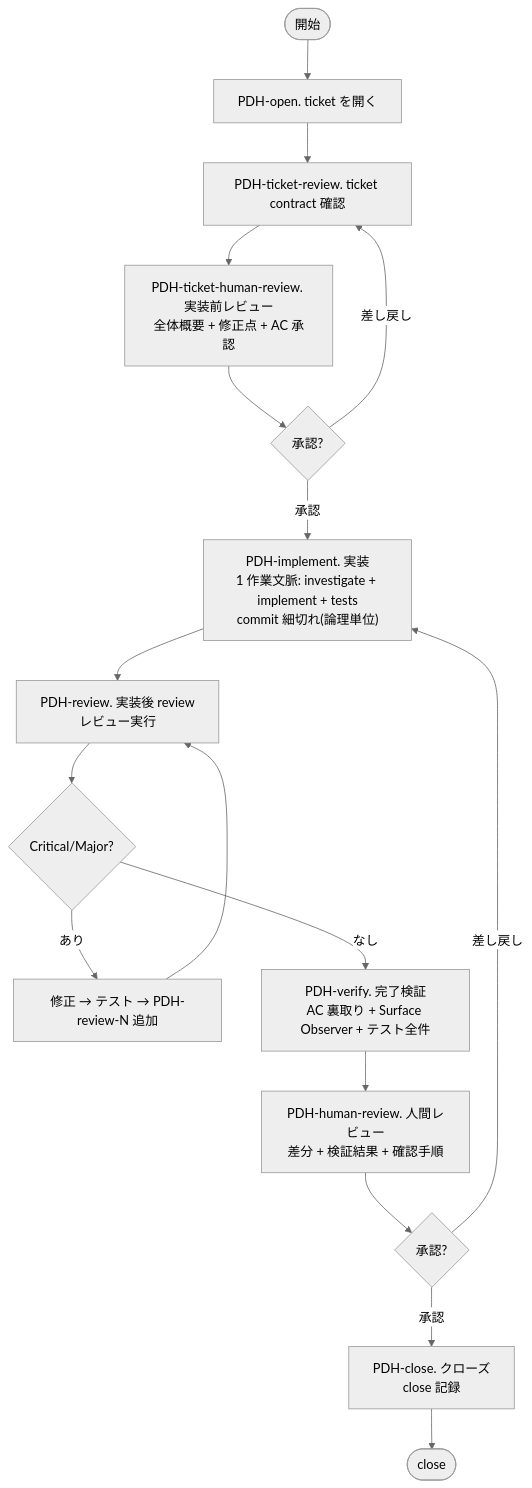
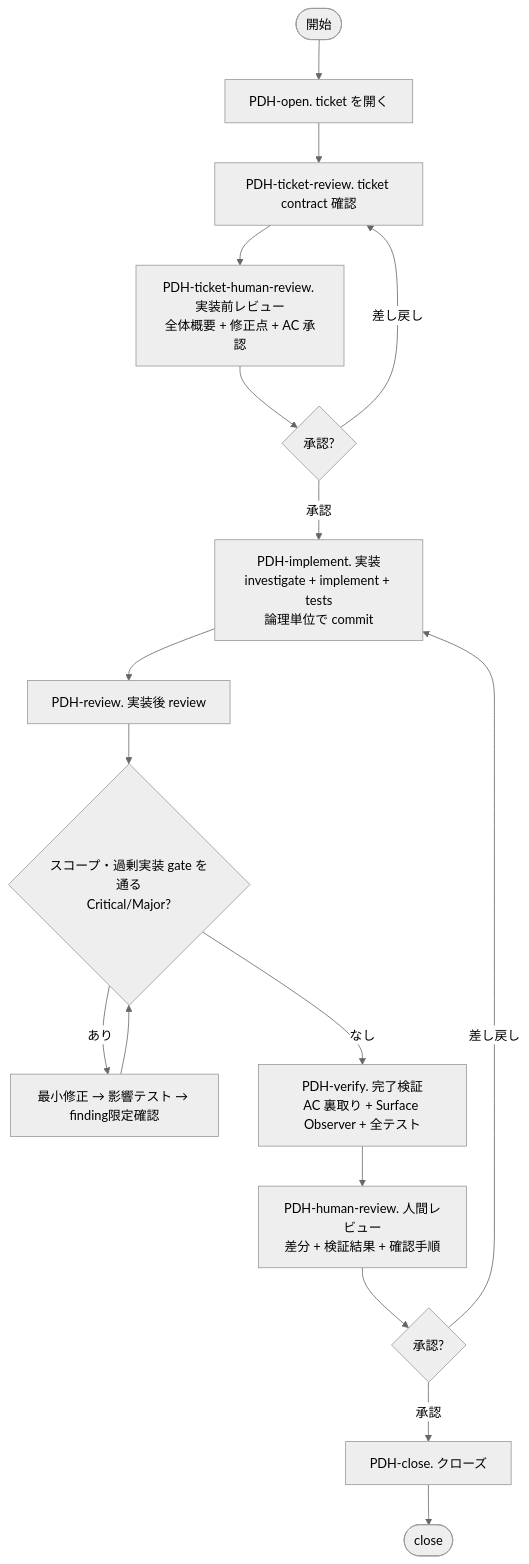
Before and after one commit to masuidrive/pdh: the diagram in skills/pdh-dev/_flow.md, drawn with Mermaid (neutral theme). The commit also changed other lines of this file and 7 other files, not shown here.

````diff
--- a/skills/pdh-dev/_flow.md
+++ b/skills/pdh-dev/_flow.md
@@ -15,18 +13,18 @@
 ```mermaid
 flowchart TD
     Start([開始]) --> PDC1["PDH-open. ticket を開く"]
     PDC1 --> PDTR["PDH-ticket-review. ticket contract 確認"]
     PDTR --> PDTHR["PDH-ticket-human-review. 実装前レビュー<br/>全体概要 + 修正点 + AC 承認"]
     PDTHR --> PDTHRq{"承認?"}
     PDTHRq -- "差し戻し" --> PDTR
-    PDTHRq -- "承認" --> PDC6["PDH-implement. 実装<br/>1 作業文脈: investigate + implement + tests<br/>commit 細切れ(論理単位)"]
-    PDC6 --> PDC7["PDH-review. 実装後 review<br/>レビュー実行"]
-    PDC7 --> PDC7q{"Critical/Major?"}
-    PDC7q -- "あり" --> PDC7fix["修正 → テスト → PDH-review-N 追加"] --> PDC7
-    PDC7q -- "なし" --> PDC9["PDH-verify. 完了検証<br/>AC 裏取り + Surface Observer + テスト全件"]
+    PDTHRq -- "承認" --> PDC6["PDH-implement. 実装<br/>investigate + implement + tests<br/>論理単位で commit"]
+    PDC6 --> PDC7["PDH-review. 実装後 review"]
+    PDC7 --> PDC7q{"スコープ・過剰実装 gate を通る<br/>Critical/Major?"}
+    PDC7q -- "あり" --> PDC7fix["最小修正 → 影響テスト → finding限定確認"] --> PDC7q
+    PDC7q -- "なし" --> PDC9["PDH-verify. 完了検証<br/>AC 裏取り + Surface Observer + 全テスト"]
     PDC9 --> PDHR["PDH-human-review. 人間レビュー<br/>差分 + 検証結果 + 確認手順"]
     PDHR --> PDC10q{"承認?"}
     PDC10q -- "差し戻し" --> PDC6
-    PDC10q -- "承認" --> PDC10["PDH-close. クローズ<br/>close 記録"]
+    PDC10q -- "承認" --> PDC10["PDH-close. クローズ"]
     PDC10 --> Done([close])
 ```
````
